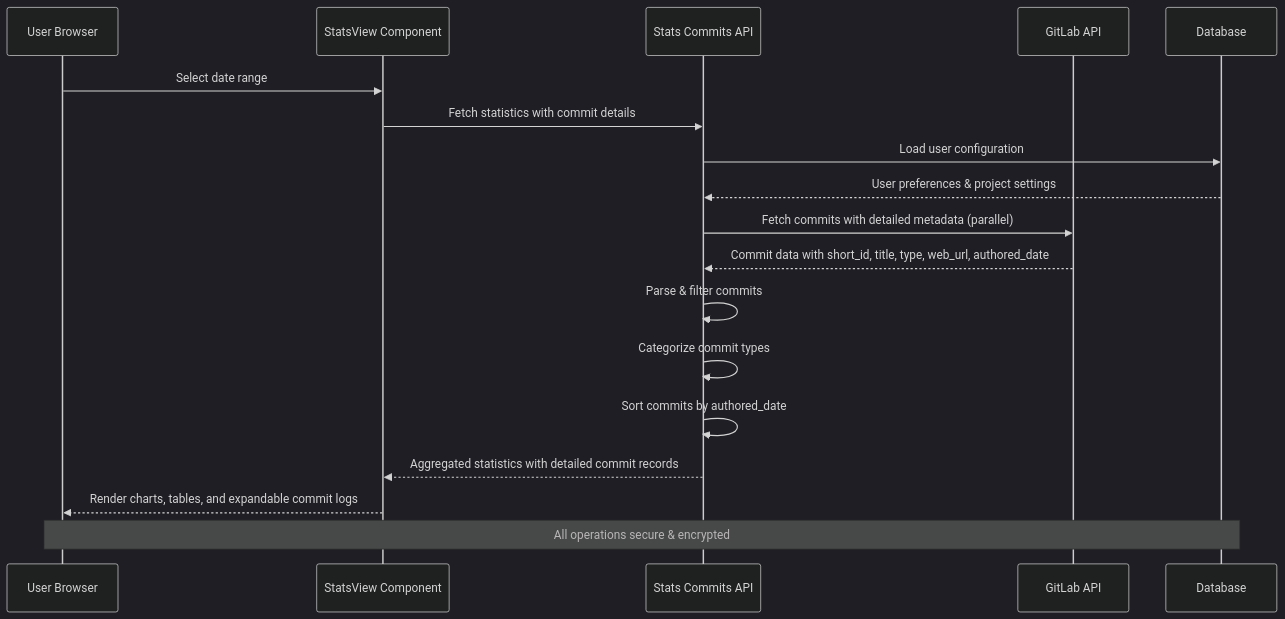
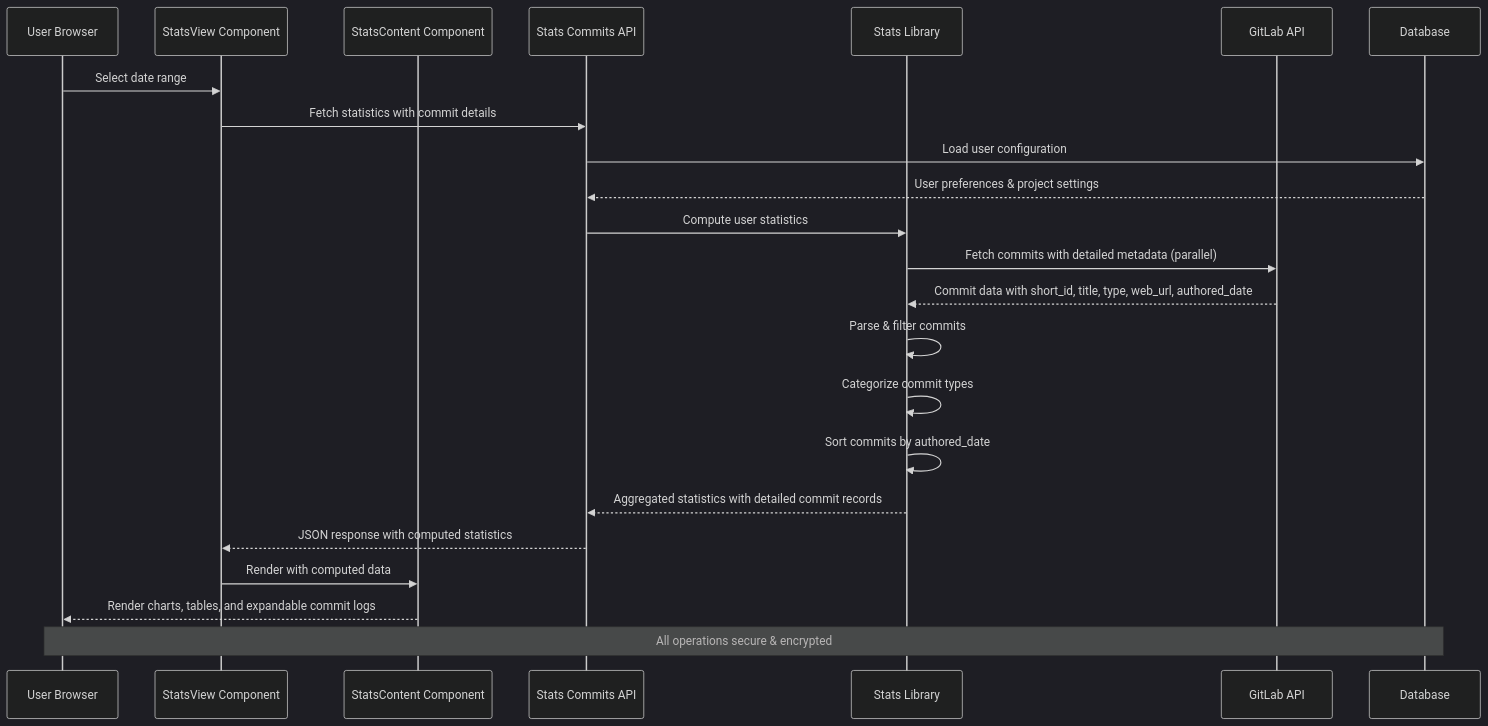
One commit to jrj444/git-daily changed the second of 7 diagrams in .qoder/repowiki/en/content/Frontend Components/Commit Statistics Dashboard.md. Above: the diagram before and after it, drawn with Mermaid (dark theme). The commit also changed other lines of this file and 8 other files, not shown here.

````diff
--- a/.qoder/repowiki/en/content/Frontend Components/Commit Statistics Dashboard.md
+++ b/.qoder/repowiki/en/content/Frontend Components/Commit Statistics Dashboard.md
@@ -124,20 +131,25 @@
 ```mermaid
 sequenceDiagram
 participant User as User Browser
 participant StatsView as StatsView Component
+participant StatsContent as StatsContent Component
 participant API as Stats Commits API
+participant StatsLib as Stats Library
 participant GitLab as GitLab API
 participant DB as Database
 User->>StatsView : Select date range
 StatsView->>API : Fetch statistics with commit details
 API->>DB : Load user configuration
 DB-->>API : User preferences & project settings
-API->>GitLab : Fetch commits with detailed metadata (parallel)
-GitLab-->>API : Commit data with short_id, title, type, web_url, authored_date
-API->>API : Parse & filter commits
-API->>API : Categorize commit types
-API->>API : Sort commits by authored_date
-API-->>StatsView : Aggregated statistics with detailed commit records
-StatsView-->>User : Render charts, tables, and expandable commit logs
+API->>StatsLib : Compute user statistics
+StatsLib->>GitLab : Fetch commits with detailed metadata (parallel)
+GitLab-->>StatsLib : Commit data with short_id, title, type, web_url, authored_date
+StatsLib->>StatsLib : Parse & filter commits
+StatsLib->>StatsLib : Categorize commit types
+StatsLib->>StatsLib : Sort commits by authored_date
+StatsLib-->>API : Aggregated statistics with detailed commit records
+API-->>StatsView : JSON response with computed statistics
+StatsView->>StatsContent : Render with computed data
+StatsContent-->>User : Render charts, tables, and expandable commit logs
 Note over User,DB : All operations secure & encrypted
 ```
````
